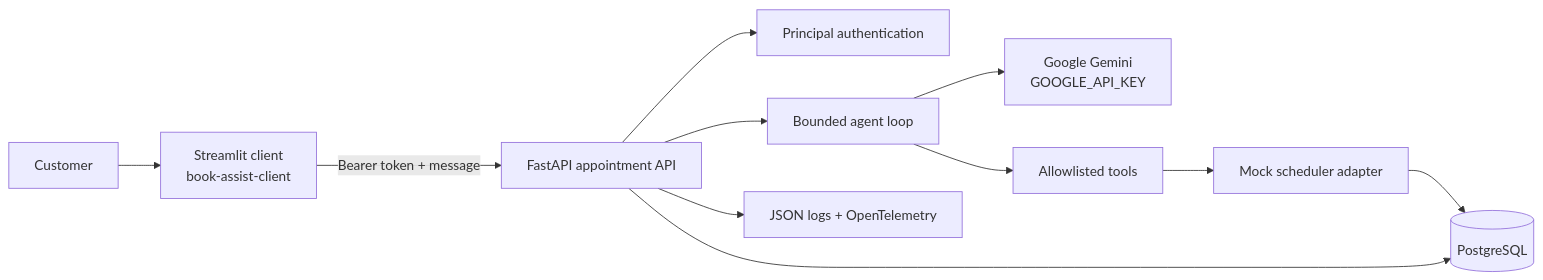
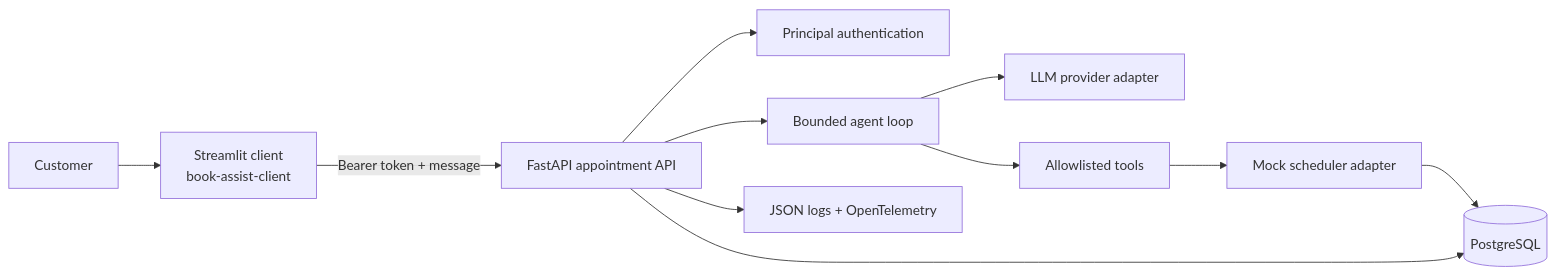
Before and after one commit to alazark777/booking-assist: the first of 6 diagrams in docs/architecture.md, drawn with Mermaid. The commit also changed other lines of this file and 5 other files, not shown here.

````diff
--- a/docs/architecture.md
+++ b/docs/architecture.md
@@ -8,13 +8,13 @@
 ```mermaid
 flowchart LR
     U[Customer] --> UI[Streamlit client\nbook-assist-client]
     UI -->|Bearer token + message| API[FastAPI appointment API]
     API --> AUTH[Principal authentication]
     API --> AGENT[Bounded agent loop]
-    AGENT --> GEM[Google Gemini\nGOOGLE_API_KEY]
+    AGENT --> LLM[LLM provider adapter]
     AGENT --> TOOLS[Allowlisted tools]
     TOOLS --> SCHED[Mock scheduler adapter]
     SCHED --> DB[(PostgreSQL)]
     API --> DB
     API --> OBS[JSON logs + OpenTelemetry]
 ```
````
